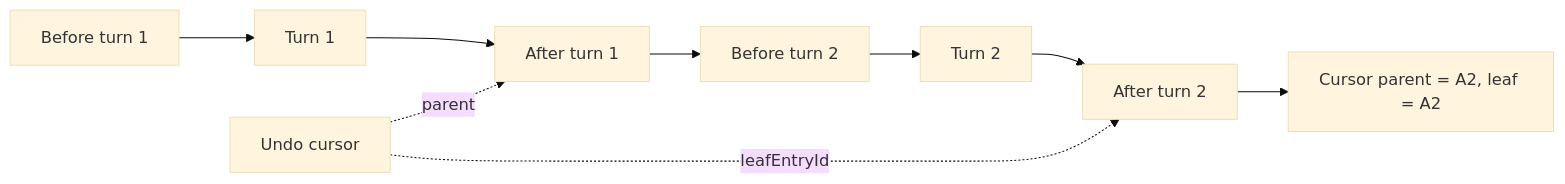
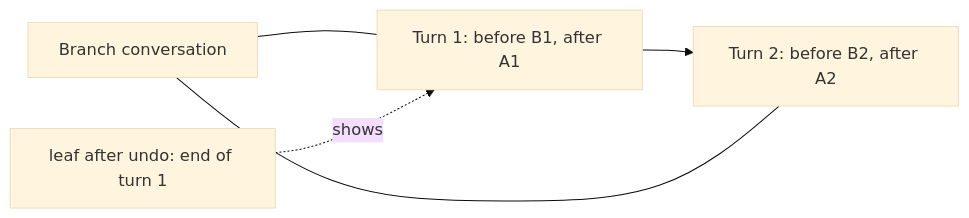
Before and after one commit to mattiacerutti/supernova: the second of 6 diagrams in docs/internal/checkpoint-system.md, drawn with Mermaid (base theme). The commit also changed other lines of this file and 413 other files, not shown here.

````diff
--- a/docs/internal/checkpoint-system.md
+++ b/docs/internal/checkpoint-system.md
@@ -106,12 +117,7 @@
 ```mermaid
 flowchart LR
-  B1[Before turn 1] --> T1[Turn 1]
-  T1 --> A1[After turn 1]
-  A1 --> B2[Before turn 2]
-  B2 --> T2[Turn 2]
-  T2 --> A2[After turn 2]
-  A2 --> CUR[Cursor parent = A2, leaf = A2]
-
-  UNDO[Undo cursor] -. parent .-> A1
-  UNDO -. leafEntryId .-> A2
+  T1[Turn 1: before B1, after A1] --> T2[Turn 2: before B2, after A2]
+  BRANCH[Branch conversation] --- T1
+  BRANCH --- T2
+  UNDO[leaf after undo: end of turn 1] -. shows .-> T1
 ```
````
